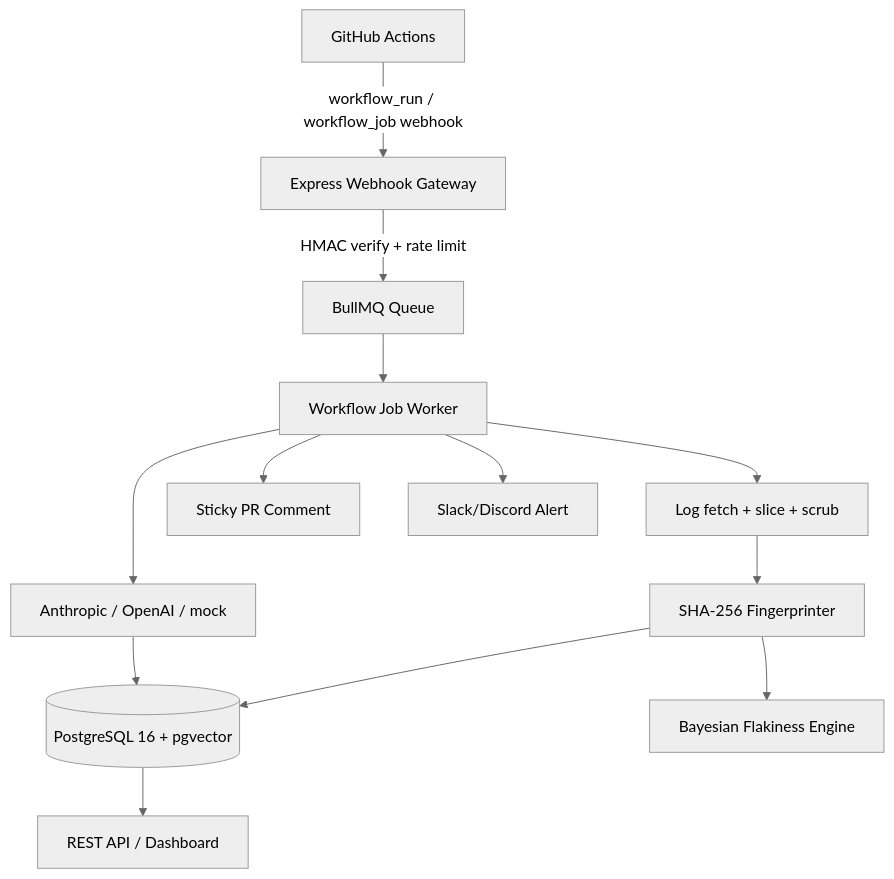
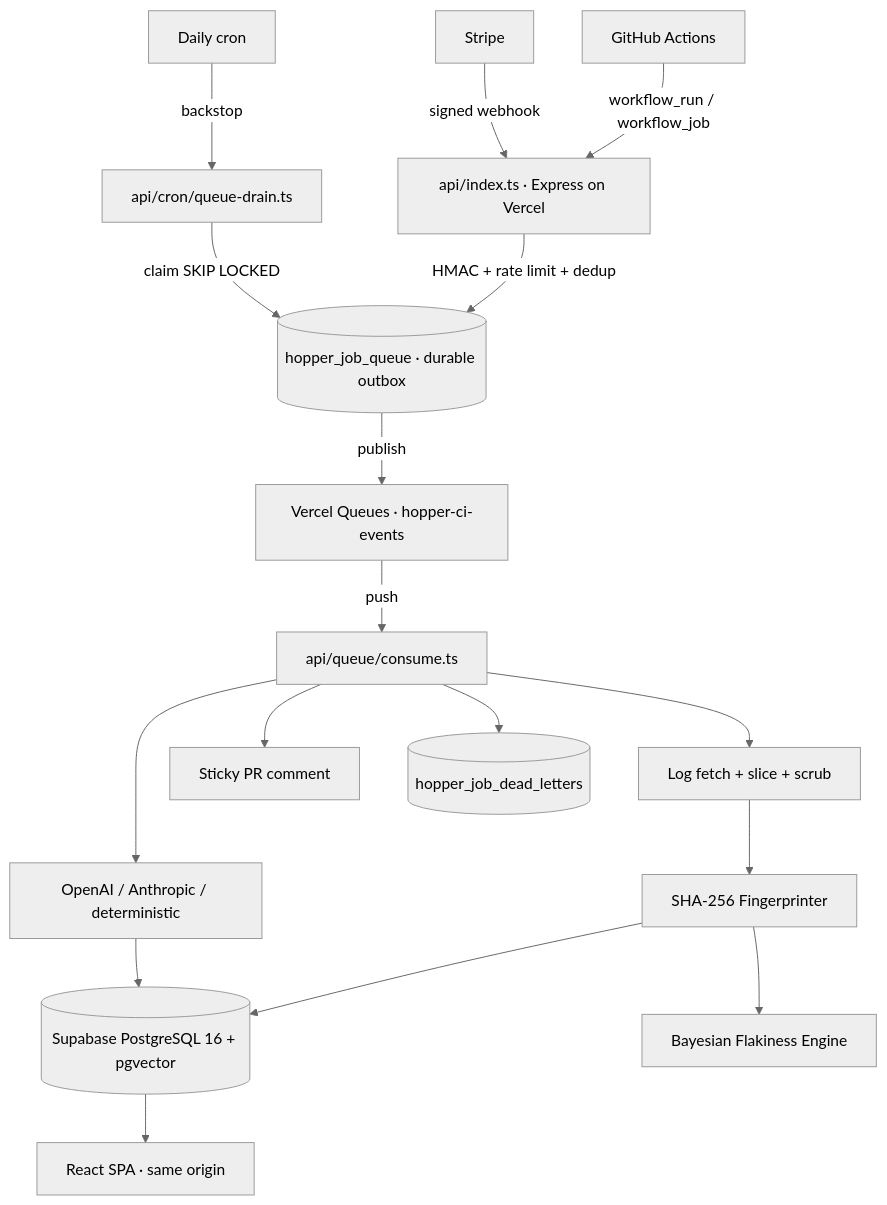
The diagram in README.md (johan-droid/Hopper), drawn with Mermaid (neutral theme) before and after one commit. The commit also changed other lines of this file and 40 other files, not shown here.

````diff
--- a/README.md
+++ b/README.md
@@ -42,15 +63,19 @@
 ```mermaid
 graph TD
-  GH[GitHub Actions] -->|workflow_run / workflow_job webhook| GW[Express Webhook Gateway]
-  GW -->|HMAC verify + rate limit| Q[BullMQ Queue]
-  Q --> W[Workflow Job Worker]
-  W --> P[Log fetch + slice + scrub]
+  GH[GitHub Actions] -->|workflow_run / workflow_job| API[api/index.ts · Express on Vercel]
+  ST[Stripe] -->|signed webhook| API
+  API -->|HMAC + rate limit + dedup| OB[(hopper_job_queue · durable outbox)]
+  OB -->|publish| VQ[Vercel Queues · hopper-ci-events]
+  VQ -->|push| C[api/queue/consume.ts]
+  CRON[Daily cron] -->|backstop| D[api/cron/queue-drain.ts]
+  D -->|claim SKIP LOCKED| OB
+  C --> P[Log fetch + slice + scrub]
   P --> F[SHA-256 Fingerprinter]
-  F --> DB[(PostgreSQL 16 + pgvector)]
+  F --> DB[(Supabase PostgreSQL 16 + pgvector)]
   F --> FL[Bayesian Flakiness Engine]
-  W --> AI[Anthropic / OpenAI / mock]
+  C --> AI[OpenAI / Anthropic / deterministic]
   AI --> DB
-  W --> PR[Sticky PR Comment]
-  W --> SL[Slack/Discord Alert]
-  DB --> API[REST API / Dashboard]
+  C --> PR[Sticky PR comment]
+  C --> DLQ[(hopper_job_dead_letters)]
+  DB --> FE[React SPA · same origin]
 ```
````
